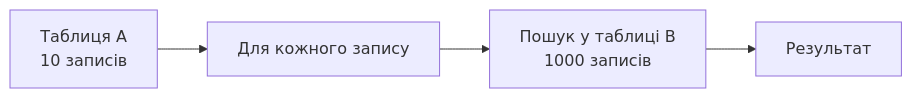
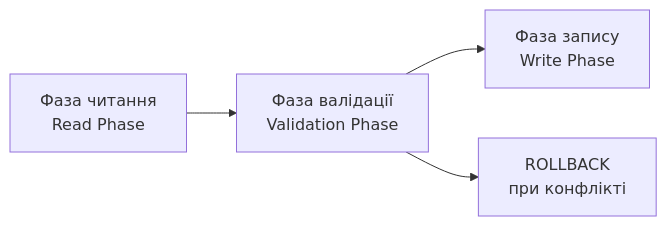
Before and after one commit to olroi421/course-bd: the fourth of 9 diagrams in presentations/presentation-08.md, drawn with Mermaid. The commit also changed other lines of this file and 10 other files, not shown here.

````diff
--- a/presentations/presentation-08.md
+++ b/presentations/presentation-08.md
@@ -143,6 +651,6 @@
 ```mermaid
 graph LR
-    A[Таблиця A<br/>10 записів] --> B[Для кожного запису]
-    B --> C[Пошук у таблиці B<br/>1000 записів]
-    C --> D[Результат]
+    A["Фаза читання<br/>Read Phase"] --> B["Фаза валідації<br/>Validation Phase"]
+    B --> C["Фаза запису<br/>Write Phase"]
+    B --> D["ROLLBACK<br/>при конфлікті"]
 ```
````
